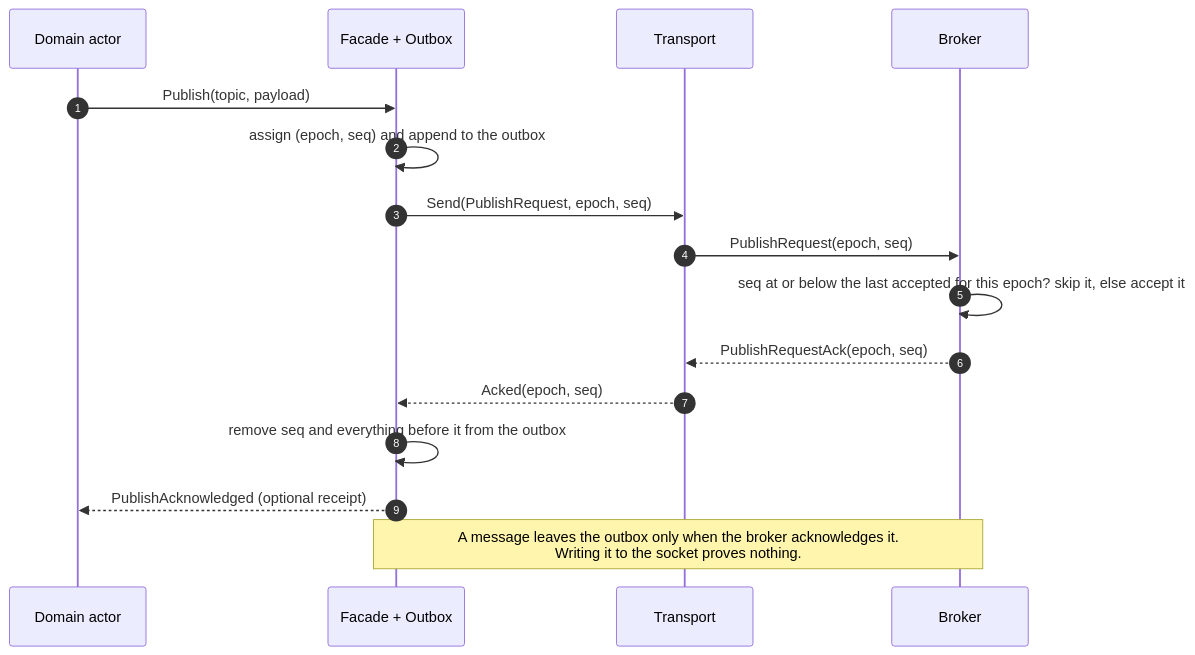
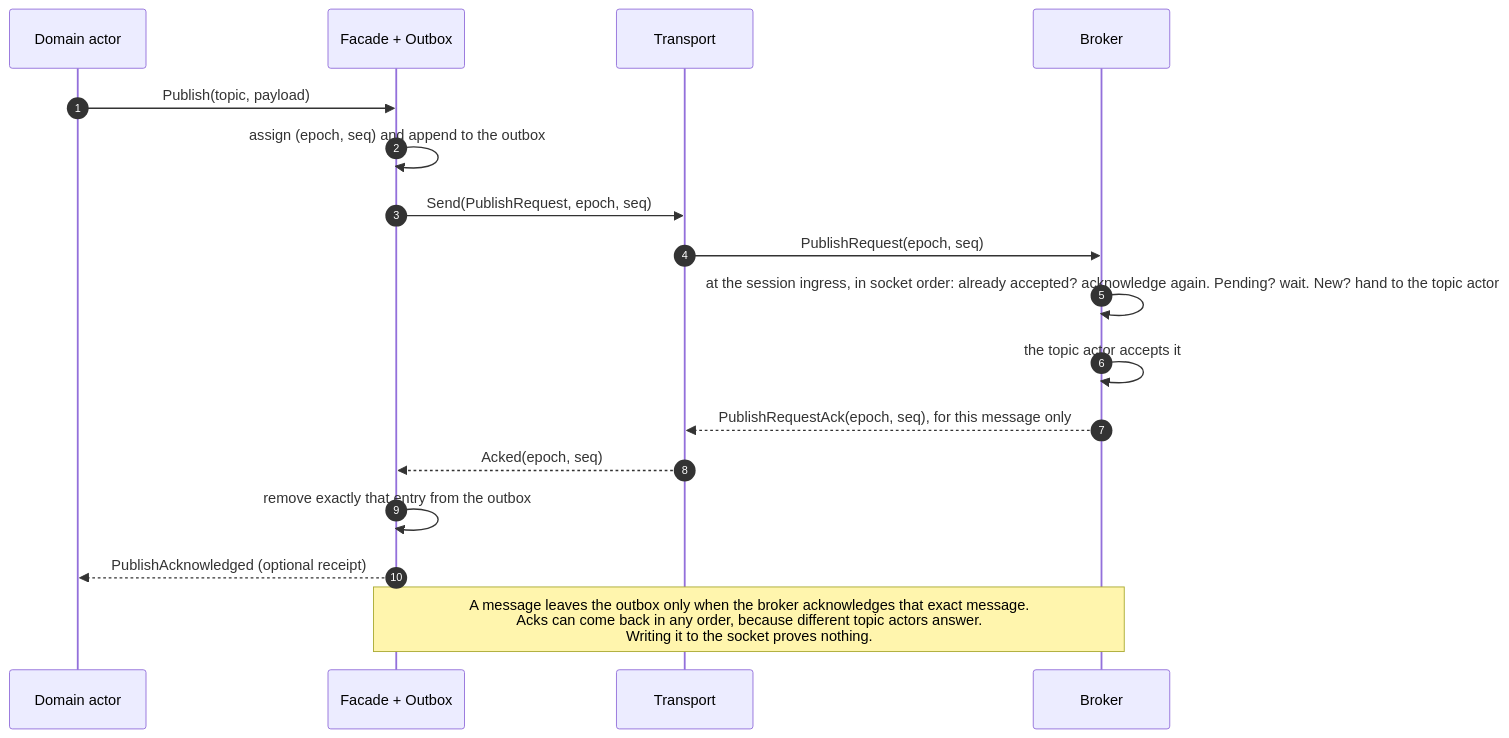
Before and after one commit to cmu-sei/Polar: the diagram in docs/architecture/sequences/general/cassini_client_publish.mmd, drawn with Mermaid. The commit also changed 6 other files, not shown here.

First line of the commit message:
docs: the Cassini client design acknowledges per message, and drains at ProceedWithShutdown

```diff
--- a/docs/architecture/sequences/general/cassini_client_publish.mmd
+++ b/docs/architecture/sequences/general/cassini_client_publish.mmd
@@ -1,17 +1,18 @@
 sequenceDiagram
     autonumber
     participant D as Domain actor
     participant F as Facade + Outbox
     participant T as Transport
     participant B as Broker
 
     D->>F: Publish(topic, payload)
     F->>F: assign (epoch, seq) and append to the outbox
     F->>T: Send(PublishRequest, epoch, seq)
     T->>B: PublishRequest(epoch, seq)
-    B->>B: seq at or below the last accepted for this epoch? skip it, else accept it
-    B-->>T: PublishRequestAck(epoch, seq)
+    B->>B: at the session ingress, in socket order: already accepted? acknowledge again. Pending? wait. New? hand to the topic actor
+    B->>B: the topic actor accepts it
+    B-->>T: PublishRequestAck(epoch, seq), for this message only
     T-->>F: Acked(epoch, seq)
-    F->>F: remove seq and everything before it from the outbox
+    F->>F: remove exactly that entry from the outbox
     F-->>D: PublishAcknowledged (optional receipt)
-    Note over F,B: A message leaves the outbox only when the broker acknowledges it.<br/>Writing it to the socket proves nothing.
+    Note over F,B: A message leaves the outbox only when the broker acknowledges that exact message.<br/>Acks can come back in any order, because different topic actors answer.<br/>Writing it to the socket proves nothing.
```
